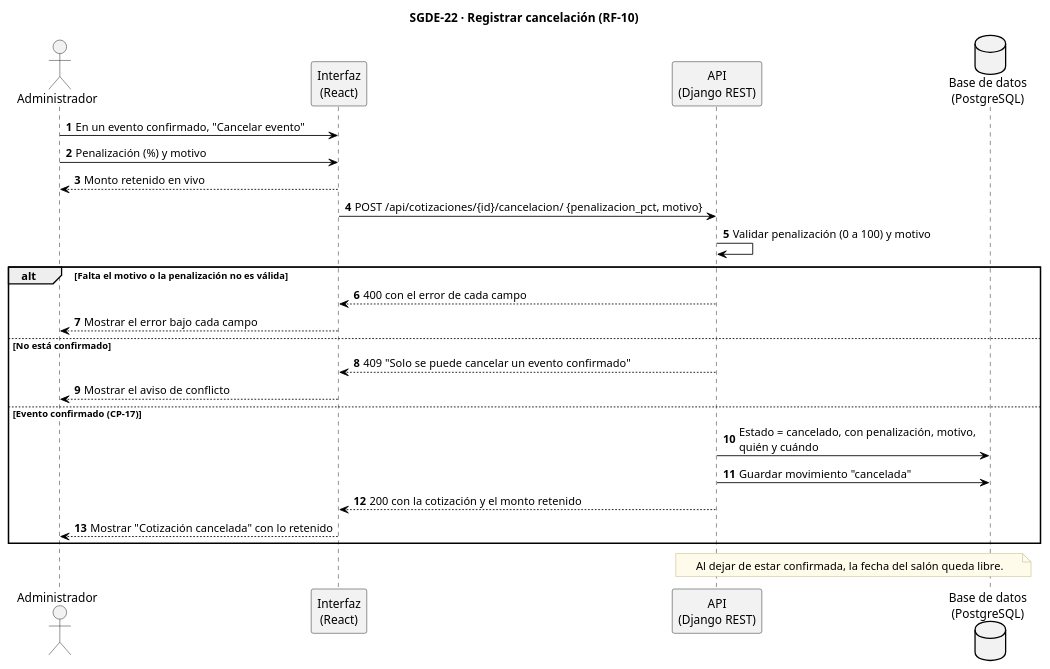
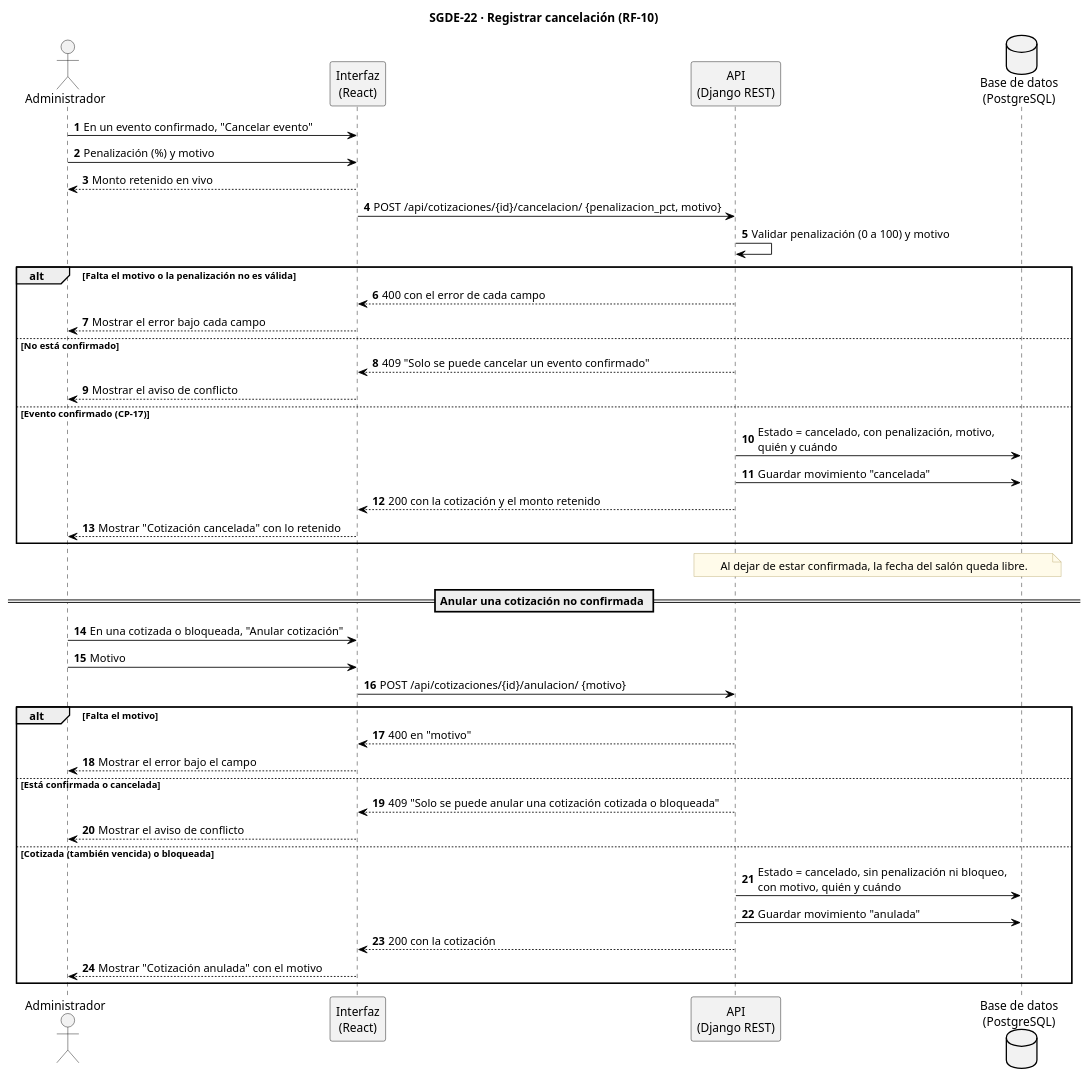
Before and after one commit to AndreCamx2/Gestion-De-Eventos: the diagram in docs/diagramas_secuencia_sgde_v3/SGDE-22_Registrar_cancelacion_secuencia.puml, drawn with PlantUML. The commit also changed 30 other files, not shown here.

```diff
--- a/docs/diagramas_secuencia_sgde_v3/SGDE-22_Registrar_cancelacion_secuencia.puml
+++ b/docs/diagramas_secuencia_sgde_v3/SGDE-22_Registrar_cancelacion_secuencia.puml
@@ -1,47 +1,64 @@
 @startuml SGDE-22_Registrar_cancelacion_secuencia
 title SGDE-22 · Registrar cancelación (RF-10)
 skinparam backgroundColor white
 skinparam sequence {
   ArrowColor black
   LifeLineBorderColor black
   ParticipantBorderColor black
   ParticipantBackgroundColor #F2F2F2
   ActorBorderColor black
   ActorBackgroundColor #F2F2F2
 }
 skinparam database {
   BackgroundColor #F2F2F2
   BorderColor black
 }
 skinparam note {
   BackgroundColor #FFFBEA
   BorderColor #B8A86B
 }
 autonumber
 
 actor "Administrador" as AD
 participant "Interfaz\n(React)" as UI
 participant "API\n(Django REST)" as SI
 database "Base de datos\n(PostgreSQL)" as BD
 
 AD -> UI : En un evento confirmado, "Cancelar evento"
 AD -> UI : Penalización (%) y motivo
 UI --> AD : Monto retenido en vivo
 UI -> SI : POST /api/cotizaciones/{id}/cancelacion/ {penalizacion_pct, motivo}
 SI -> SI : Validar penalización (0 a 100) y motivo
 alt Falta el motivo o la penalización no es válida
   SI --> UI : 400 con el error de cada campo
   UI --> AD : Mostrar el error bajo cada campo
 else No está confirmado
   SI --> UI : 409 "Solo se puede cancelar un evento confirmado"
   UI --> AD : Mostrar el aviso de conflicto
 else Evento confirmado (CP-17)
   SI -> BD : Estado = cancelado, con penalización, motivo,\nquién y cuándo
   SI -> BD : Guardar movimiento "cancelada"
   SI --> UI : 200 con la cotización y el monto retenido
   UI --> AD : Mostrar "Cotización cancelada" con lo retenido
 end
 note over SI, BD
   Al dejar de estar confirmada, la fecha del salón queda libre.
 end note
+
+== Anular una cotización no confirmada ==
+AD -> UI : En una cotizada o bloqueada, "Anular cotización"
+AD -> UI : Motivo
+UI -> SI : POST /api/cotizaciones/{id}/anulacion/ {motivo}
+alt Falta el motivo
+  SI --> UI : 400 en "motivo"
+  UI --> AD : Mostrar el error bajo el campo
+else Está confirmada o cancelada
+  SI --> UI : 409 "Solo se puede anular una cotización cotizada o bloqueada"
+  UI --> AD : Mostrar el aviso de conflicto
+else Cotizada (también vencida) o bloqueada
+  SI -> BD : Estado = cancelado, sin penalización ni bloqueo,\ncon motivo, quién y cuándo
+  SI -> BD : Guardar movimiento "anulada"
+  SI --> UI : 200 con la cotización
+  UI --> AD : Mostrar "Cotización anulada" con el motivo
+end
 @enduml
```
